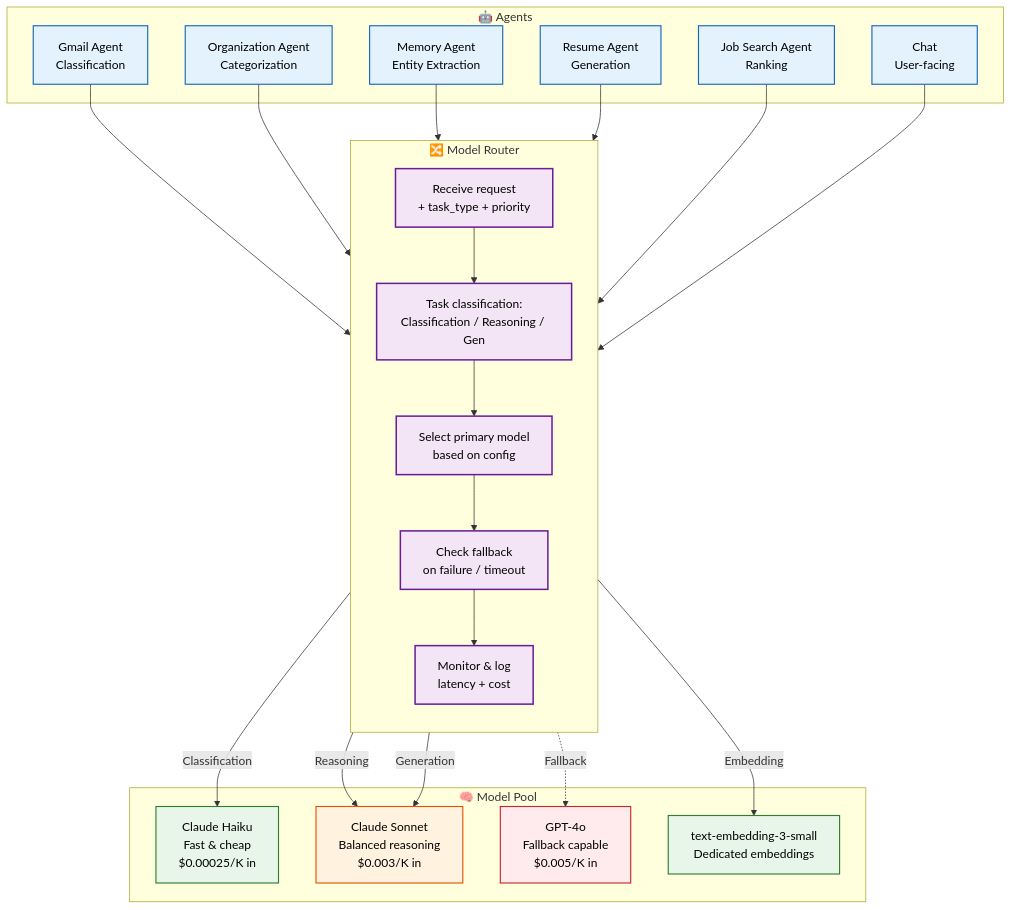
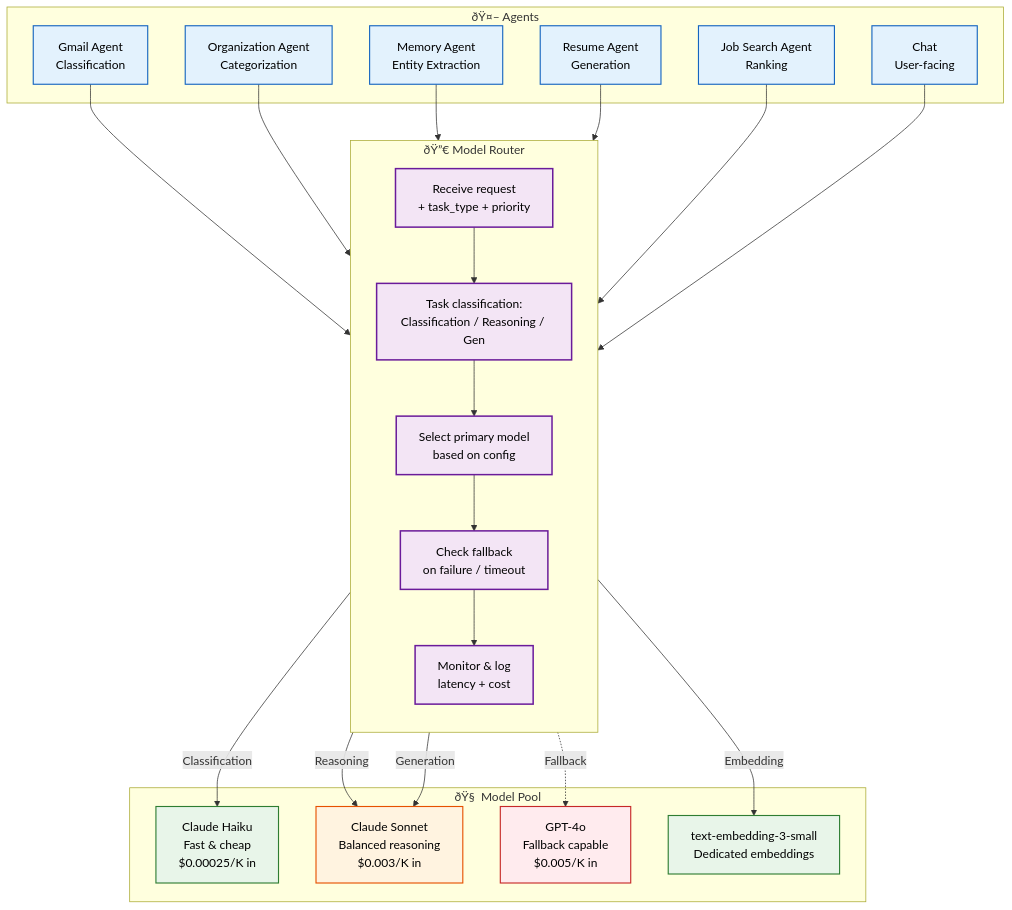
Before and after one commit to Driftloom/Vaeloom: the first of 2 diagrams in Docs/AI/LLM-Architecture.md, drawn with Mermaid. The commit also changed other lines of this file and 249 other files, not shown here.

````diff
--- a/Docs/AI/LLM-Architecture.md
+++ b/Docs/AI/LLM-Architecture.md
@@ -21,50 +21,50 @@
 ```mermaid
 graph TD
     classDef agent fill:#e3f2fd,stroke:#1565c0,color:#000,stroke-width:1.5px
     classDef fast fill:#e8f5e9,stroke:#2e7d32,color:#000,stroke-width:1.5px
     classDef capable fill:#fff3e0,stroke:#e65100,color:#000,stroke-width:1.5px
     classDef fallback fill:#ffebee,stroke:#c62828,color:#000,stroke-width:1.5px
     classDef router fill:#f3e5f5,stroke:#6a1b9a,color:#000,stroke-width:2px
 
-    subgraph AgentsIn["🤖 Agents"]
+    subgraph AgentsIn["ðŸ¤– Agents"]
         GA["Gmail Agent<br/>Classification"]
         MA["Memory Agent<br/>Entity Extraction"]
         RA["Resume Agent<br/>Generation"]
         JSA["Job Search Agent<br/>Ranking"]
         CHAT["Chat<br/>User-facing"]
         ORG["Organization Agent<br/>Categorization"]
     end
 
-    subgraph Router["🔀 Model Router"]
+    subgraph Router["ðŸ”€ Model Router"]
         direction TB
         R1["Receive request<br/>+ task_type + priority"]
         R2["Task classification:<br/>Classification / Reasoning / Gen"]
         R3["Select primary model<br/>based on config"]
         R4["Check fallback<br/>on failure / timeout"]
         R5["Monitor & log<br/>latency + cost"]
     end
 
-    subgraph Models["🧠 Model Pool"]
+    subgraph Models["ðŸ§  Model Pool"]
         HAIKU["Claude Haiku<br/>Fast & cheap<br/>$0.00025/K in"]
         SONNET["Claude Sonnet<br/>Balanced reasoning<br/>$0.003/K in"]
         GPT4O["GPT-4o<br/>Fallback capable<br/>$0.005/K in"]
         EMBED["text-embedding-3-small<br/>Dedicated embeddings"]
     end
 
     GA & ORG --> R1
     MA & RA & JSA & CHAT --> R1
     R1 --> R2 --> R3 --> R4 --> R5
     R3 -->|Classification| HAIKU
     R3 -->|Reasoning| SONNET
     R3 -->|Generation| SONNET
     R3 -->|Embedding| EMBED
     R4 -.->|Fallback| GPT4O
 
     class GA,MA,RA,JSA,CHAT,ORG agent
     class HAIKU fast
     class SONNET capable
     class GPT4O fallback
     class EMBED fast
     class R1,R2,R3,R4,R5 router
 
 ```
````
